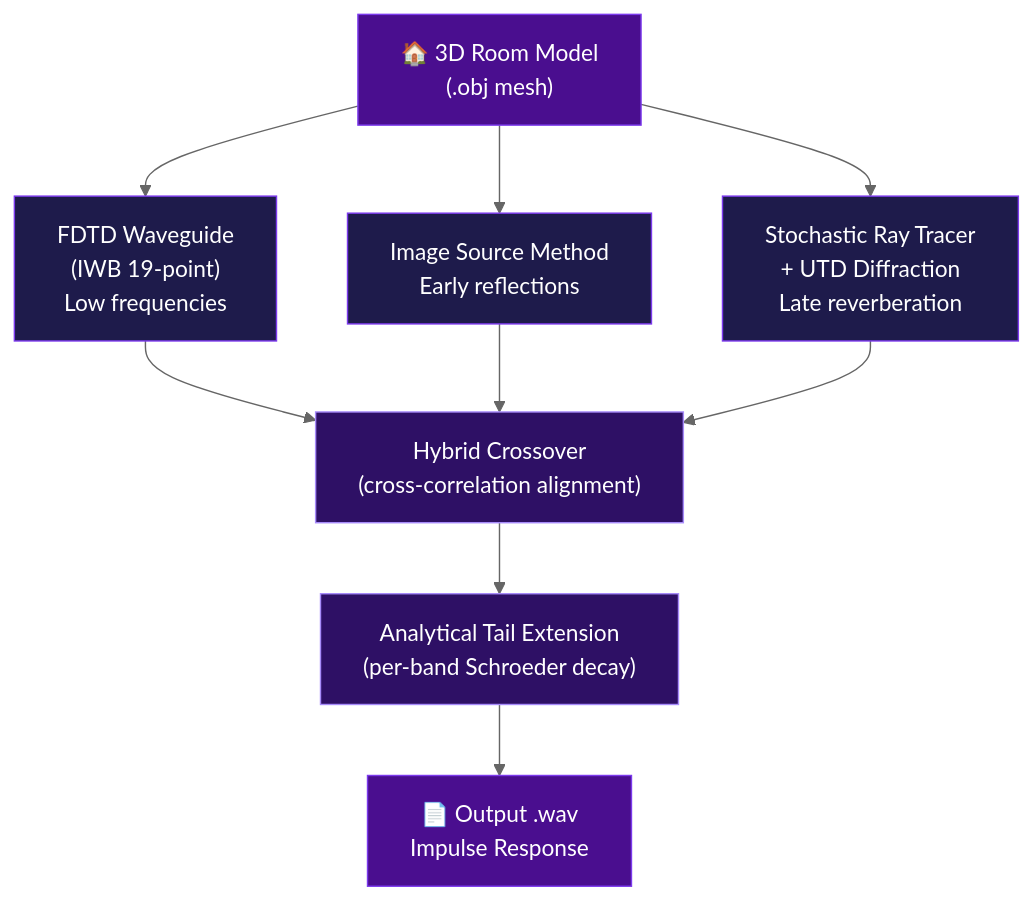
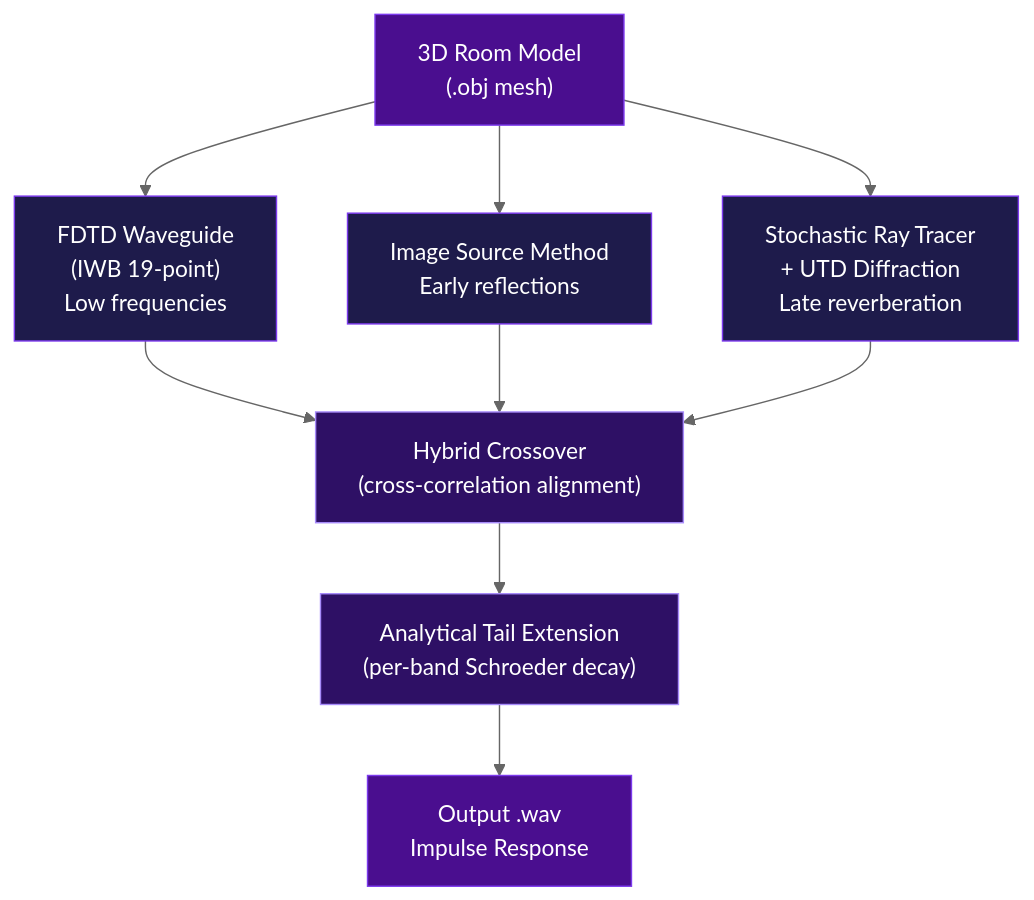
One commit to Burhanuddin98/wayverb-windows changed the diagram in README.md. Above: the diagram before and after it, drawn with Mermaid (neutral theme).

Commit message:
Remove emojis from flowchart

````diff
--- a/README.md
+++ b/README.md
@@ -187,21 +187,21 @@
 ```mermaid
 flowchart TD
-    A["🏠 3D Room Model\n(.obj mesh)"] --> B["FDTD Waveguide\n(IWB 19-point)\nLow frequencies"]
+    A["3D Room Model\n(.obj mesh)"] --> B["FDTD Waveguide\n(IWB 19-point)\nLow frequencies"]
     A --> C["Image Source Method\nEarly reflections"]
     A --> D["Stochastic Ray Tracer\n+ UTD Diffraction\nLate reverberation"]
 
     B --> E["Hybrid Crossover\n(cross-correlation alignment)"]
     C --> E
     D --> E
 
     E --> F["Analytical Tail Extension\n(per-band Schroeder decay)"]
-    F --> G["📄 Output .wav\nImpulse Response"]
+    F --> G["Output .wav\nImpulse Response"]
 
     style A fill:#4a0e8f,stroke:#7c3aed,color:#fff
     style B fill:#1e1b4b,stroke:#7c3aed,color:#fff
     style C fill:#1e1b4b,stroke:#7c3aed,color:#fff
     style D fill:#1e1b4b,stroke:#7c3aed,color:#fff
     style E fill:#2e1065,stroke:#a78bfa,color:#fff
     style F fill:#2e1065,stroke:#a78bfa,color:#fff
     style G fill:#4a0e8f,stroke:#7c3aed,color:#fff
 ```
````
